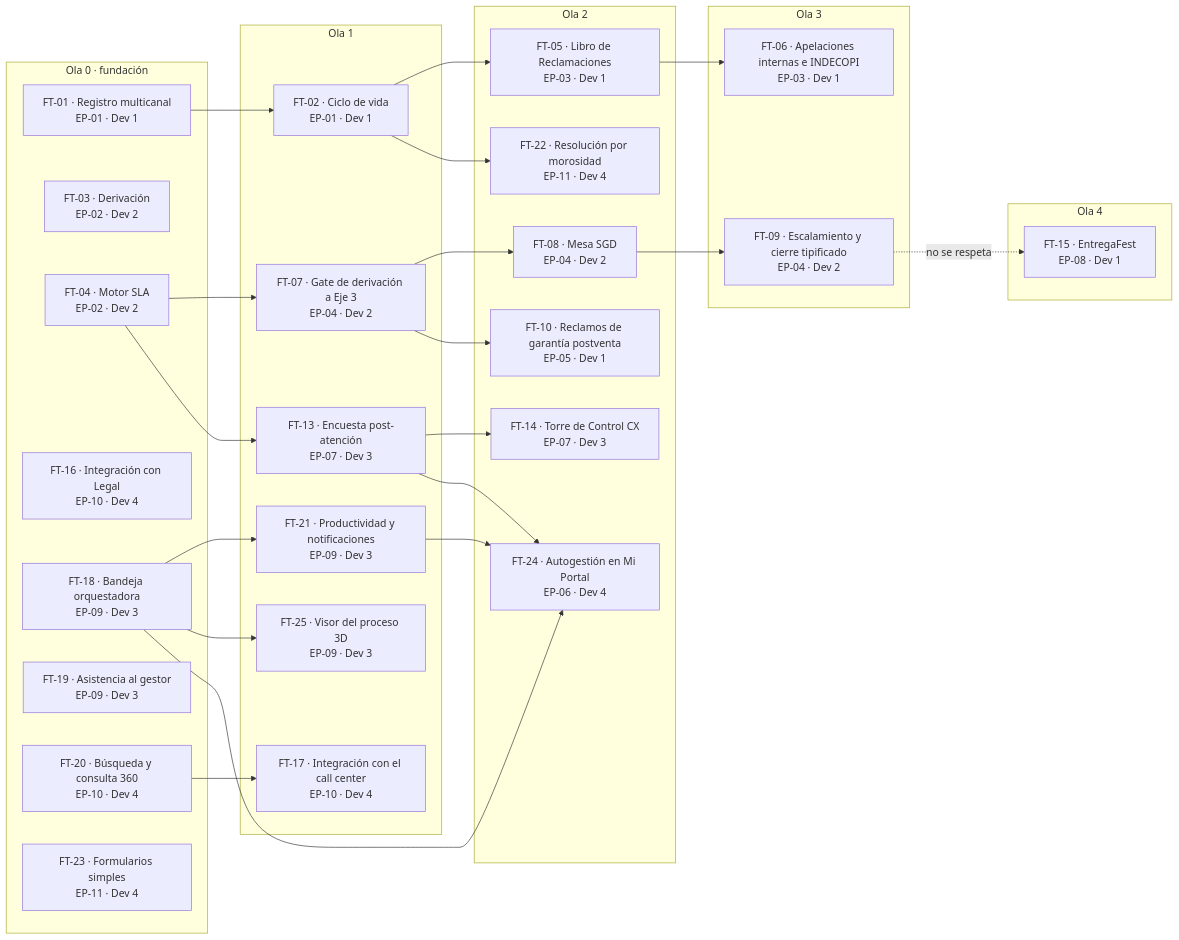
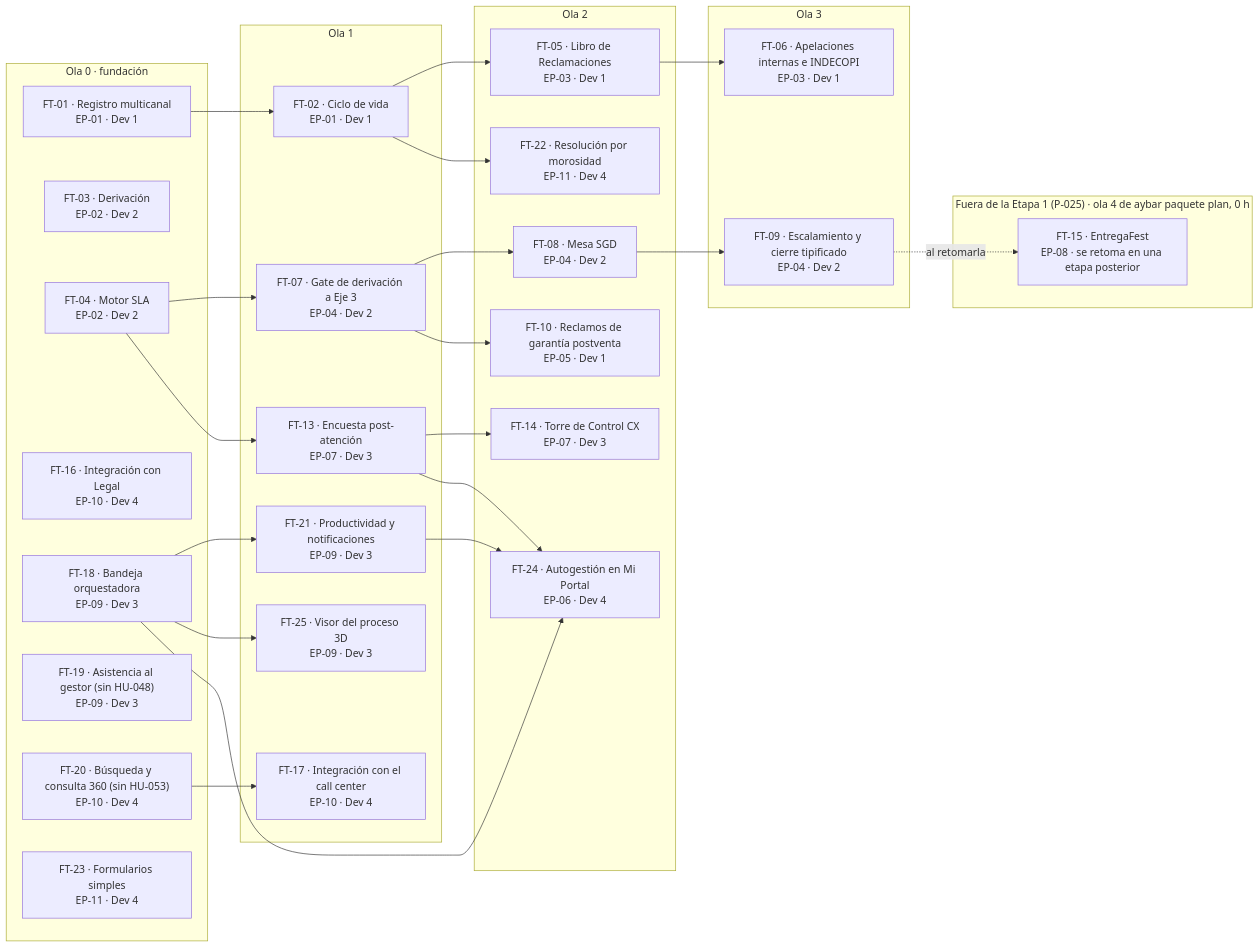
Before and after one commit to michel-poma-huachihuaco/tyc-mockup: the diagram in propuesta-po/documentacion/paquete-definir-etapa1-v1.3/roadmap/olas-features.mmd, drawn with Mermaid. The commit also changed 97 other files, not shown here.

```diff
--- a/propuesta-po/documentacion/paquete-definir-etapa1-v1.3/roadmap/olas-features.mmd
+++ b/propuesta-po/documentacion/paquete-definir-etapa1-v1.3/roadmap/olas-features.mmd
@@ -1,54 +1,55 @@
 flowchart LR
   subgraph O0["Ola 0 · fundación"]
     FTATC01["FT-01 · Registro multicanal<br/>EP-01 · Dev 1"]
     FTATC03["FT-03 · Derivación<br/>EP-02 · Dev 2"]
     FTATC04["FT-04 · Motor SLA<br/>EP-02 · Dev 2"]
     FTATC16["FT-16 · Integración con Legal<br/>EP-10 · Dev 4"]
     FTATC18["FT-18 · Bandeja orquestadora<br/>EP-09 · Dev 3"]
-    FTATC19["FT-19 · Asistencia al gestor<br/>EP-09 · Dev 3"]
-    FTATC20["FT-20 · Búsqueda y consulta 360<br/>EP-10 · Dev 4"]
+    FTATC19["FT-19 · Asistencia al gestor (sin HU-048)<br/>EP-09 · Dev 3"]
+    FTATC20["FT-20 · Búsqueda y consulta 360 (sin HU-053)<br/>EP-10 · Dev 4"]
     FTATC23["FT-23 · Formularios simples<br/>EP-11 · Dev 4"]
   end
   subgraph O1["Ola 1"]
     FTATC02["FT-02 · Ciclo de vida<br/>EP-01 · Dev 1"]
     FTATC07["FT-07 · Gate de derivación a Eje 3<br/>EP-04 · Dev 2"]
     FTATC13["FT-13 · Encuesta post-atención<br/>EP-07 · Dev 3"]
     FTATC17["FT-17 · Integración con el call center<br/>EP-10 · Dev 4"]
     FTATC21["FT-21 · Productividad y notificaciones<br/>EP-09 · Dev 3"]
     FTATC25["FT-25 · Visor del proceso 3D<br/>EP-09 · Dev 3"]
   end
   subgraph O2["Ola 2"]
     FTATC05["FT-05 · Libro de Reclamaciones<br/>EP-03 · Dev 1"]
     FTATC08["FT-08 · Mesa SGD<br/>EP-04 · Dev 2"]
     FTATC10["FT-10 · Reclamos de garantía postventa<br/>EP-05 · Dev 1"]
     FTATC14["FT-14 · Torre de Control CX<br/>EP-07 · Dev 3"]
     FTATC22["FT-22 · Resolución por morosidad<br/>EP-11 · Dev 4"]
     FTATC24["FT-24 · Autogestión en Mi Portal<br/>EP-06 · Dev 4"]
   end
   subgraph O3["Ola 3"]
     FTATC06["FT-06 · Apelaciones internas e INDECOPI<br/>EP-03 · Dev 1"]
     FTATC09["FT-09 · Escalamiento y cierre tipificado<br/>EP-04 · Dev 2"]
   end
-  subgraph O4["Ola 4"]
-    FTATC15["FT-15 · EntregaFest<br/>EP-08 · Dev 1"]
+  subgraph O4["Fuera de la Etapa 1 (P-025) · ola 4 de aybar paquete plan, 0 h"]
+    FTATC15["FT-15 · EntregaFest<br/>EP-08 · se retoma en una etapa posterior"]
   end
   FTATC01 --> FTATC02
   FTATC02 --> FTATC05
   FTATC05 --> FTATC06
   FTATC04 --> FTATC07
   FTATC07 --> FTATC08
   FTATC07 --> FTATC10
   FTATC08 --> FTATC09
   FTATC04 --> FTATC13
   FTATC13 --> FTATC14
   FTATC13 --> FTATC24
-  FTATC09 -. no se respeta .-> FTATC15
+  FTATC09 -. al retomarla .-> FTATC15
   FTATC20 --> FTATC17
   FTATC18 --> FTATC21
   FTATC02 --> FTATC22
   FTATC18 --> FTATC25
   FTATC21 --> FTATC24
   FTATC18 --> FTATC24
-%% Olas de features de Aybar Atiende (plan v1.3, Etapa 1): 17 dependencias entre features en 5 olas; es el diagrama de analisis-dependencias.md §4.1 y coincide con aybar paquete plan (§4.3).
+%% Olas de features de Aybar Atiende (plan v1.3, Etapa 1, tras P-025): 22 funcionalidades y 16 dependencias entre ellas en 4 olas (0 a 3); FT-15 queda fuera de la Etapa 1 y aybar paquete plan la pone sola en la ola 4 con 0 h. Es el diagrama de analisis-dependencias.md §4.1 y coincide con aybar paquete plan (§4.3).
 %% Antes: 15 vinculos entre features en 5 olas (el de analisis-dependencias.md v0.2 a v0.4), sin historial propio.
 %% 0.2 · 2026-10-26 · Brayan Hurtado, con IA (Claude) · 17 vinculos: FT-07 → FT-10 (HU-026 → HU-036, PLT-04) y FT-13 → FT-24 (HU-019 → HU-066, PLT-04); FT-10 pasa de la ola 0 a la 2. — Revisado por: (pendiente)
+%% 0.3 · 2026-10-26 · Brayan Hurtado, con IA (Claude) · P-025 decidida por el equipo (`analisis/decisiones.md` v0.8): FT-15 pasa a «Fuera de la Etapa 1» (ola 4 del plan, 0 h) y su vínculo con FT-09 queda punteado «al retomarla»; FT-19 sin HU-048 y FT-20 sin HU-053; FT-20 → FT-17 sigue por HU-052 → HU-042. 16 vínculos y 4 olas en la Etapa 1. — Revisado por: (pendiente)
```
